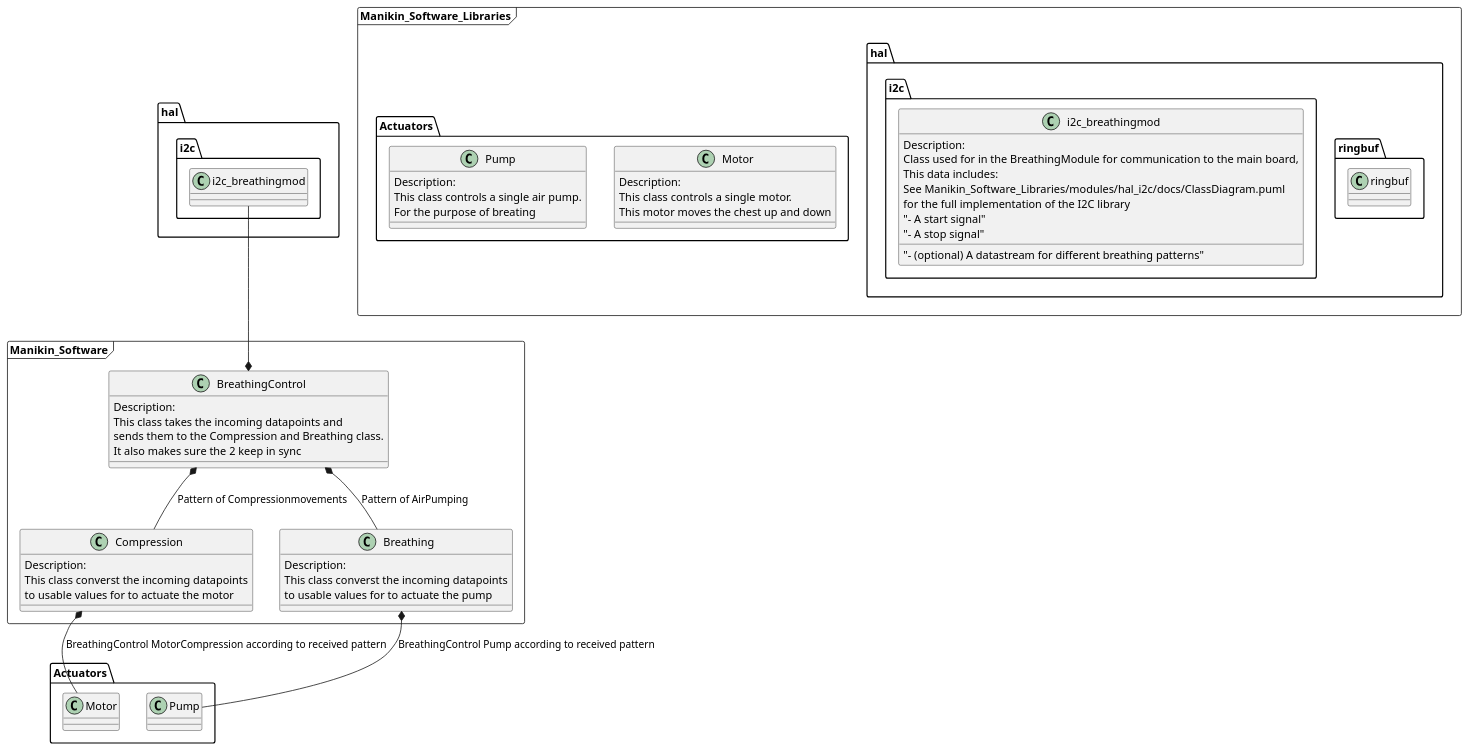
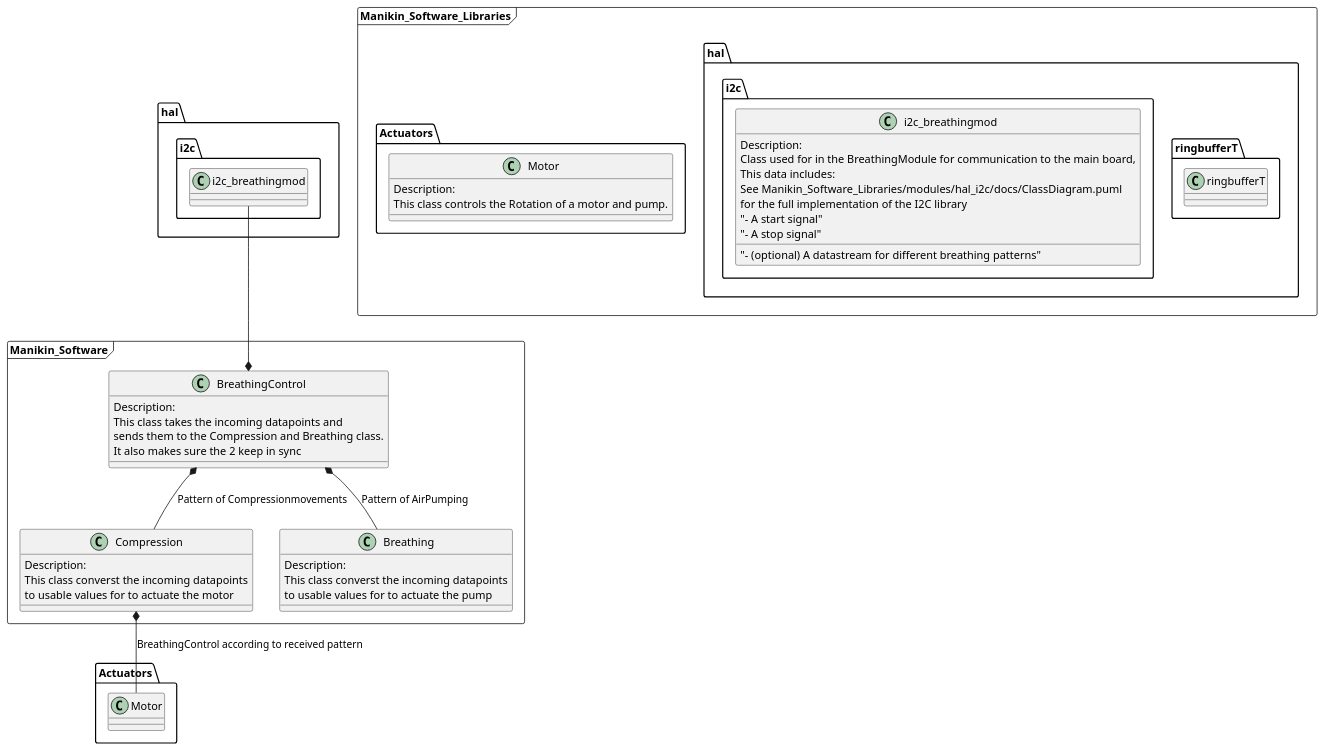
One commit to RobotPatient/Manikin_Software changed the diagram in ActuatorHub-breathingModule/docs/ClassDiagram.puml. Above: the diagram before and after it, drawn with PlantUML. The commit also changed 4 other files, not shown here.

```diff
--- a/ActuatorHub-breathingModule/docs/ClassDiagram.puml
+++ b/ActuatorHub-breathingModule/docs/ClassDiagram.puml
@@ -1,65 +1,57 @@
 @startuml ClassDesign
 
 set separator ::
 
 package Manikin_Software <<frame>> {
     class BreathingControl {
         Description:
         This class takes the incoming datapoints and
         sends them to the Compression and Breathing class.
         It also makes sure the 2 keep in sync
     }
 
     class Compression {
         Description:
         This class converst the incoming datapoints
         to usable values for to actuate the motor
     }
 
     class Breathing {
         Description:
         This class converst the incoming datapoints
         to usable values for to actuate the pump
     }
 }
 
 package Manikin_Software_Libraries <<frame>> {
-    namespace hal::ringbuf {
-        class ringbuf {
+    namespace hal::ringbufferT {
+        class ringbufferT {
 
         }
     }
     namespace Actuators {
         class Motor {
             Description:
-            This class controls a single motor.
-            This motor moves the chest up and down
-        }
-
-        class Pump {
-            Description:
-            This class controls a single air pump.
-            For the purpose of breating
+            This class controls the Rotation of a motor and pump.
         }
     }
     namespace hal::i2c {
         class i2c_breathingmod {
             Description:
             Class used for in the BreathingModule for communication to the main board,
             This data includes:
             See Manikin_Software_Libraries/modules/hal_i2c/docs/ClassDiagram.puml
             for the full implementation of the I2C library
             "- A start signal"
             "- A stop signal"
             "- (optional) A datastream for different breathing patterns"
         }
     }
 }
 
 hal::i2c::i2c_breathingmod --* BreathingControl 
 BreathingControl *-- Compression : Pattern of Compressionmovements
 BreathingControl *-- Breathing : Pattern of AirPumping
-Compression   *-- Actuators::Motor : BreathingControl MotorCompression according to received pattern
-Breathing *-- Actuators::Pump : BreathingControl Pump according to received pattern
+Compression   *-- Actuators::Motor : BreathingControl according to received pattern
 
 @enduml
```
